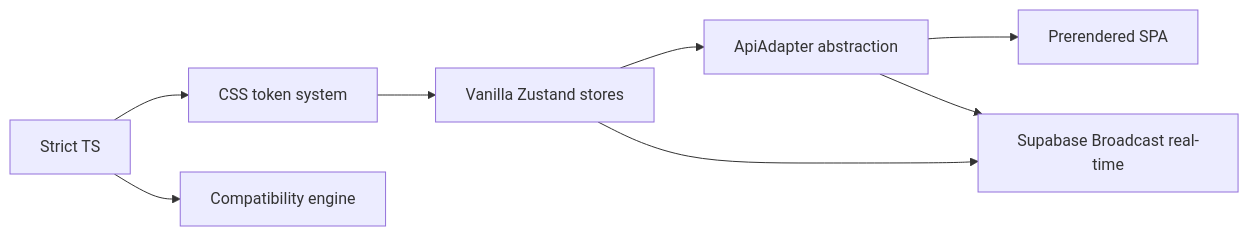
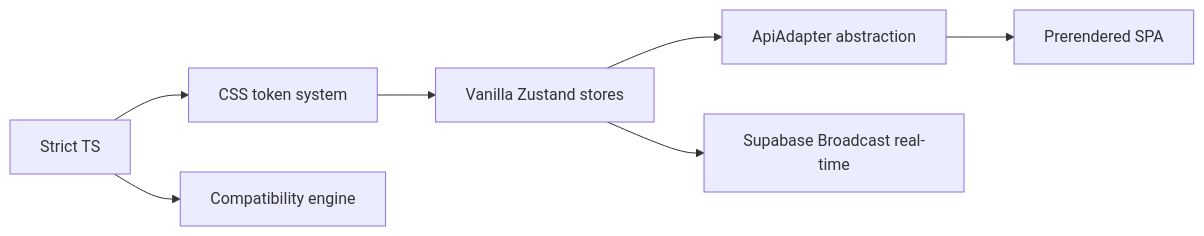
The first of 2 diagrams in .wiki/background/design-decisions.md (360ghar/360-flatmates-web), drawn with Mermaid before and after one commit. The commit also changed other lines of this file and 6 other files, not shown here.

````diff
--- a/.wiki/background/design-decisions.md
+++ b/.wiki/background/design-decisions.md
@@ -7,10 +7,9 @@
 ```mermaid
 flowchart LR
     A[Strict TS] --> B[CSS token system]
     B --> C[Vanilla Zustand stores]
     C --> D[ApiAdapter abstraction]
     D --> E[Prerendered SPA]
-    D --> F[Supabase Broadcast real-time]
-    C --> F
+    C --> F[Supabase Broadcast real-time]
     A --> G[Compatibility engine]
 ```
````
